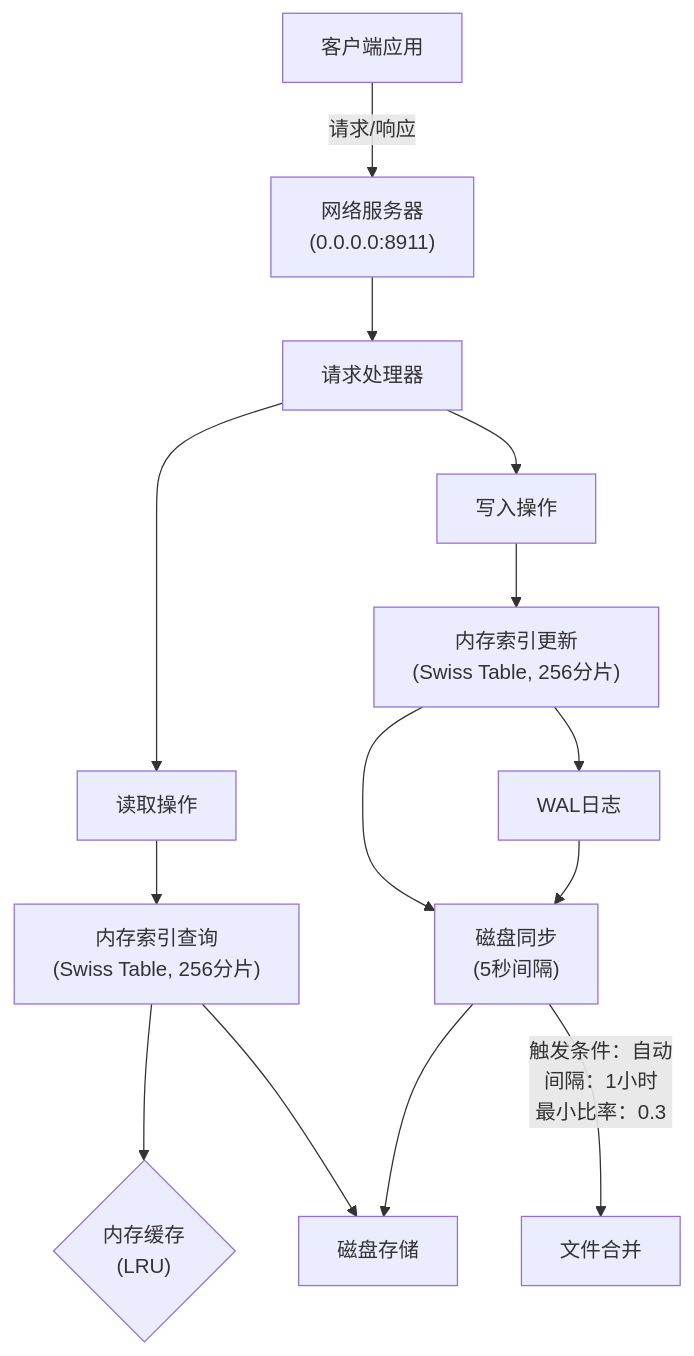
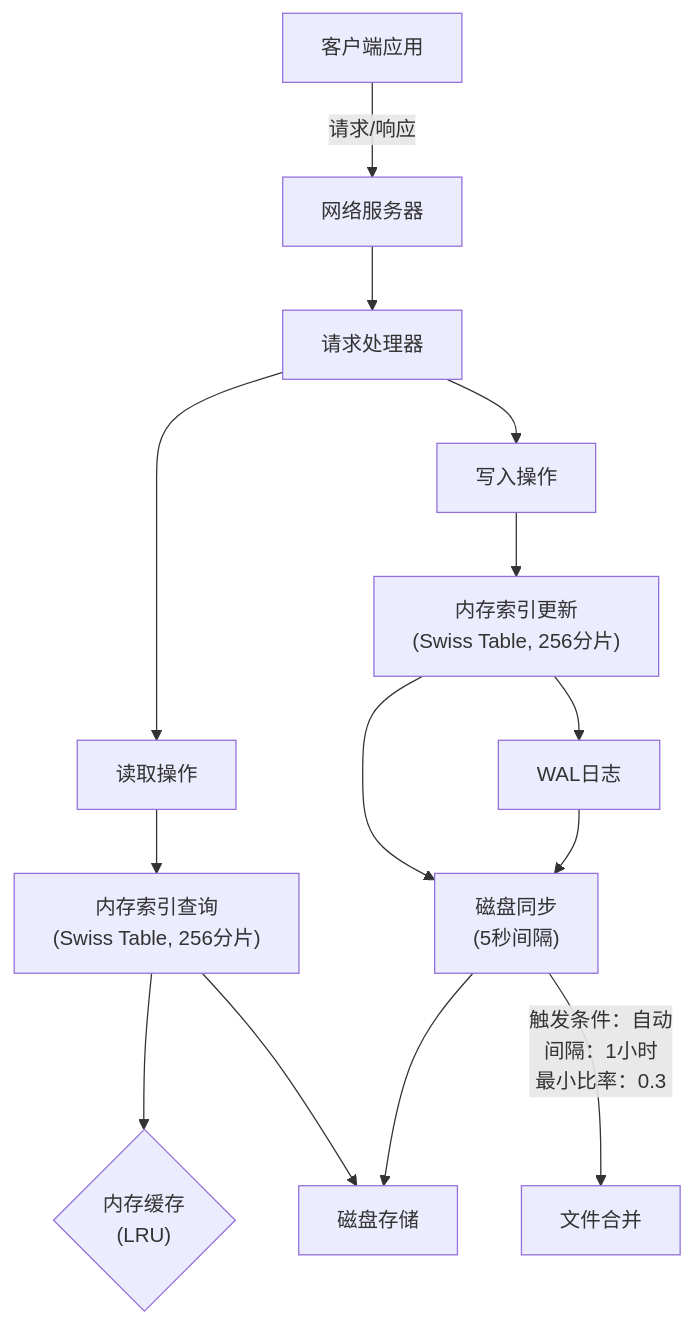
One commit to raciott/FinKV changed the diagram in README.MD. Above: the diagram before and after it, drawn with Mermaid. The commit also changed other lines of this file and 25 other files, not shown here.

````diff
--- a/README.MD
+++ b/README.MD
@@ -36,22 +64,22 @@
 ```mermaid
 graph TD
-    Client["客户端应用"] --"请求/响应"--> Server["网络服务器<br/>(0.0.0.0:8911)"]
+    Client["客户端应用"] --"请求/响应"--> Server["网络服务器"]
     Server --> RequestHandler["请求处理器"]
     
     RequestHandler --> ReadOp["读取操作"]
     RequestHandler --> WriteOp["写入操作"]
     
     ReadOp --> MemIndex["内存索引查询<br/>(Swiss Table, 256分片)"]
     WriteOp --> MemIndexUpdate["内存索引更新<br/>(Swiss Table, 256分片)"]
     
     MemIndex --> MemCache{"内存缓存<br/>(LRU)"}
     MemIndex --> DiskStorage["磁盘存储"]
     
     MemIndexUpdate --> WAL["WAL日志"]
     MemIndexUpdate --> DiskSync["磁盘同步<br/>(5秒间隔)"]
     
     WAL --> DiskSync
     DiskSync --> DiskStorage
     
     DiskSync --"触发条件：自动<br/>间隔：1小时<br/>最小比率：0.3"--> FileMerge["文件合并<br/>"]
 ```
````
